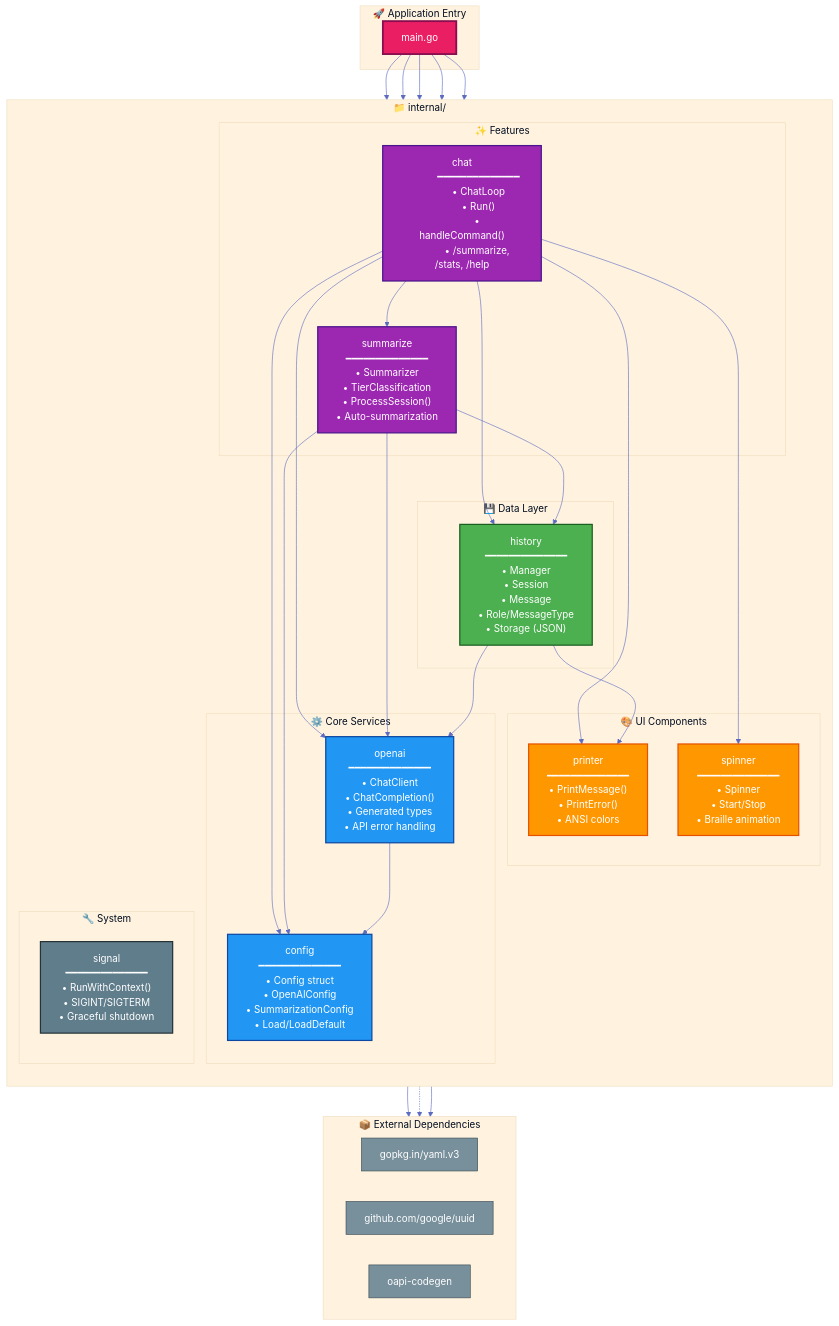
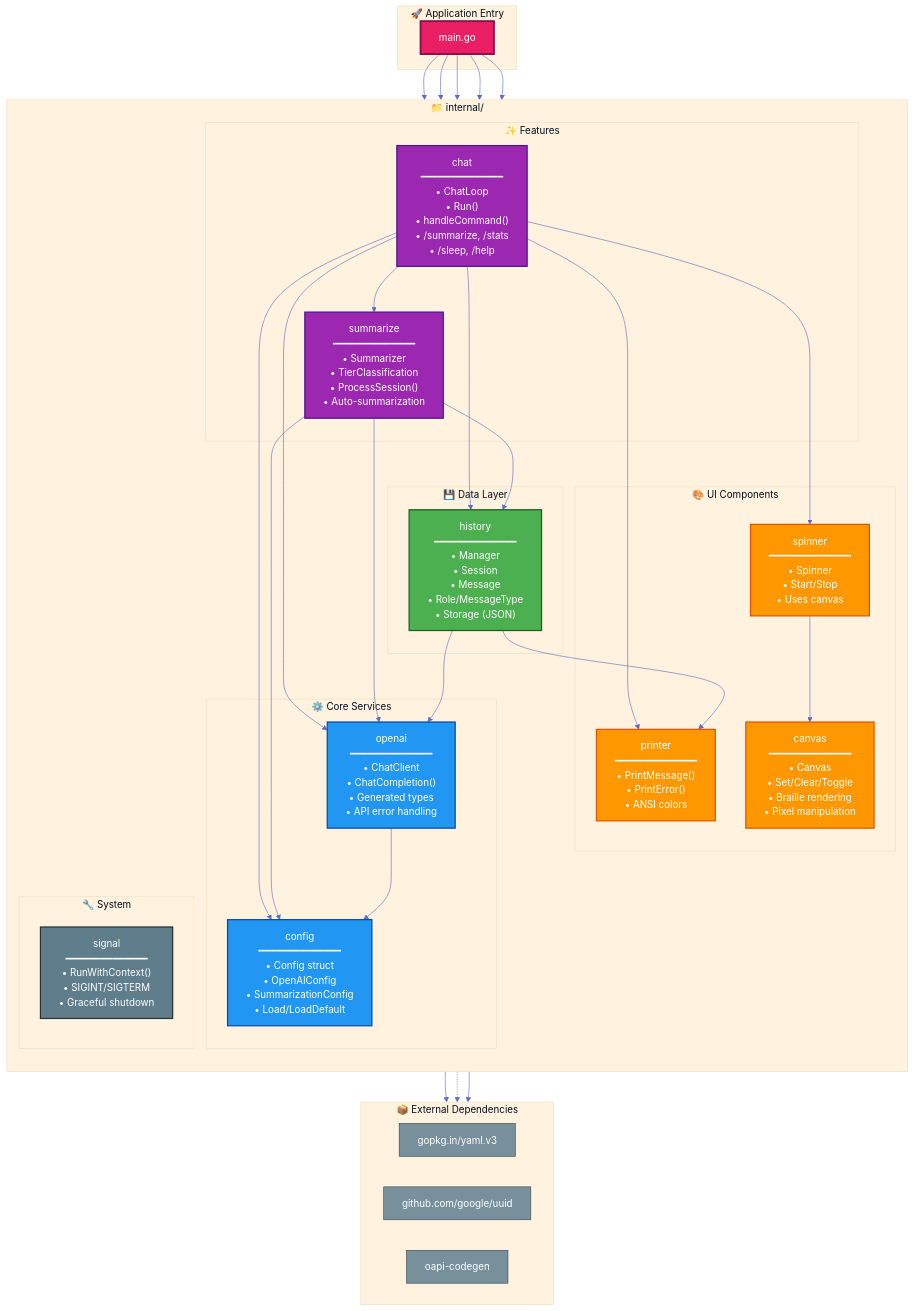
The diagram in docs/dependency-diagram.md (LTI2000/gopus), drawn with Mermaid before and after one commit. The commit also changed other lines of this file and 3 other files, not shown here.

````diff
--- a/docs/dependency-diagram.md
+++ b/docs/dependency-diagram.md
@@ -51,7 +51,8 @@
             • ChatLoop
             • Run()
             • handleCommand()
-            • /summarize, /stats, /help"]
+            • /summarize, /stats
+            • /sleep, /help"]
             
             summarize["summarize
             ━━━━━━━━━━━━━━
@@ -62,6 +63,13 @@
         end
         
         subgraph UI["🎨 UI Components"]
+            canvas["canvas
+            ━━━━━━━━━━━━━━
+            • Canvas
+            • Set/Clear/Toggle
+            • Braille rendering
+            • Pixel manipulation"]
+            
             printer["printer
             ━━━━━━━━━━━━━━
             • PrintMessage()
@@ -72,7 +80,7 @@
             ━━━━━━━━━━━━━━
             • Spinner
             • Start/Stop
-            • Braille animation"]
+            • Uses canvas"]
         end
         
         subgraph System["🔧 System"]
@@ -104,6 +112,9 @@
     summarize --> history
     summarize --> openai
 
+    %% Spinner dependencies
+    spinner --> canvas
+
     %% History dependencies
     history --> openai
     history --> printer
@@ -129,7 +140,7 @@
     class config,openai coreNode
     class history dataNode
     class chat,summarize featureNode
-    class printer,spinner uiNode
+    class canvas,printer,spinner uiNode
     class signal systemNode
     class yaml,uuid,oapi externalNode
 ```
````
